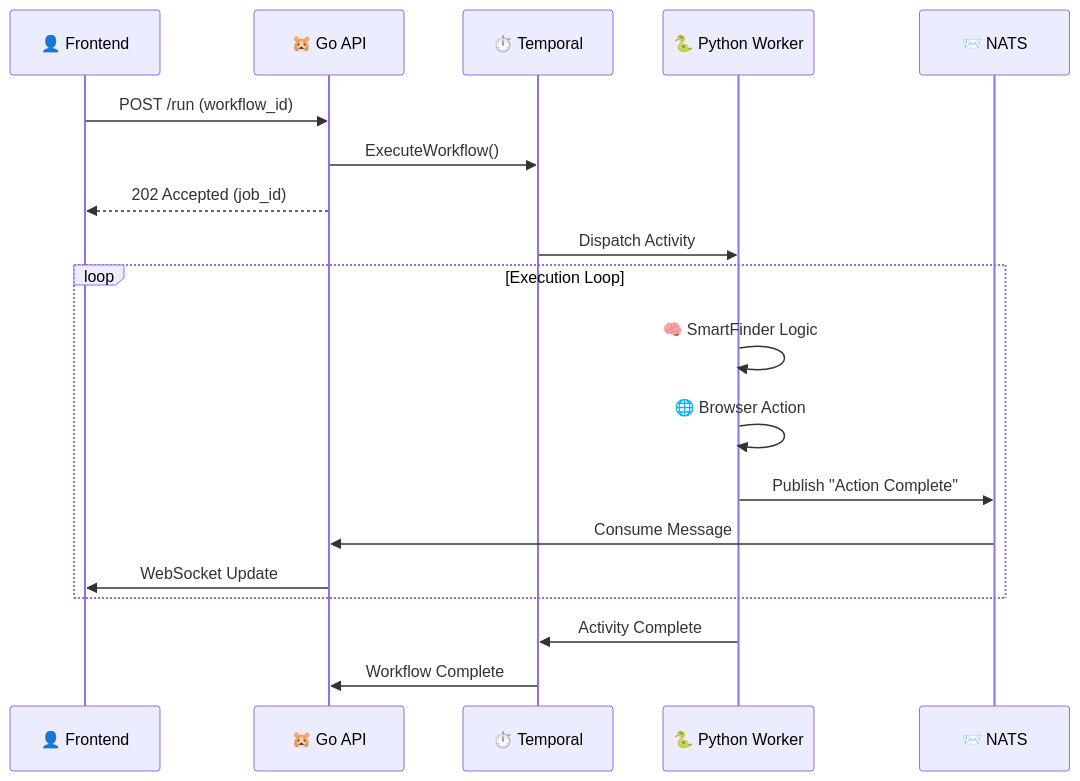
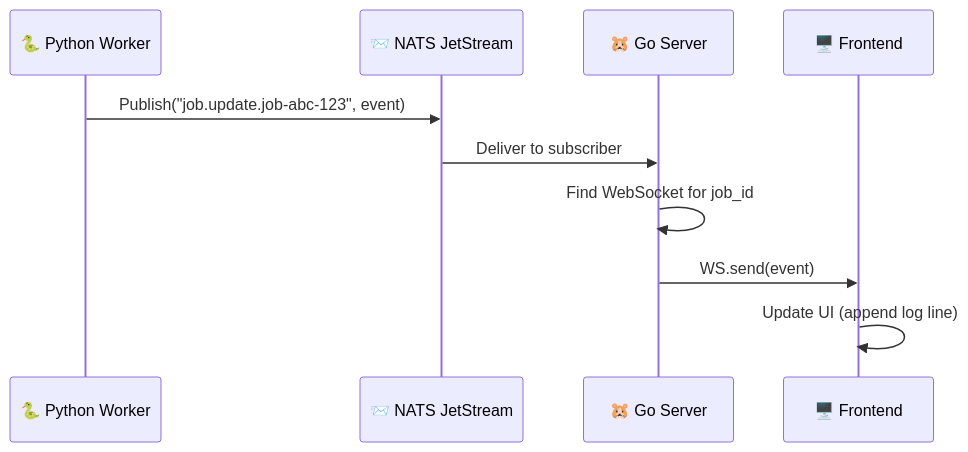
One commit to MuhammadAliyan10/QBA-Backend changed the third of 4 diagrams in FLOW.md. Above: the diagram before and after it, drawn with Mermaid. The commit also changed other lines of this file and 51 other files, not shown here.

````diff
--- a/FLOW.md
+++ b/FLOW.md
@@ -84,25 +507,13 @@
 ```mermaid
 sequenceDiagram
-    participant User as 👤 Frontend
-    participant Go as 🐹 Go API
-    participant Temp as ⏱️ Temporal
-    participant Py as 🐍 Python Worker
-    participant NATS as 📨 NATS
+    participant W as 🐍 Python Worker
+    participant N as 📨 NATS JetStream
+    participant G as 🐹 Go Server
+    participant F as 🖥️ Frontend
 
-    User->>Go: POST /run (workflow_id)
-    Go->>Temp: ExecuteWorkflow()
-    Go-->>User: 202 Accepted (job_id)
-
-    Temp->>Py: Dispatch Activity
-
-    loop Execution Loop
-        Py->>Py: 🧠 SmartFinder Logic
-        Py->>Py: 🌐 Browser Action
-        Py->>NATS: Publish "Action Complete"
-        NATS->>Go: Consume Message
-        Go->>User: WebSocket Update
-    end
-
-    Py->>Temp: Activity Complete
-    Temp->>Go: Workflow Complete
+    W->>N: Publish("job.update.job-abc-123", event)
+    N->>G: Deliver to subscriber
+    G->>G: Find WebSocket for job_id
+    G->>F: WS.send(event)
+    F->>F: Update UI (append log line)
 ```
````
